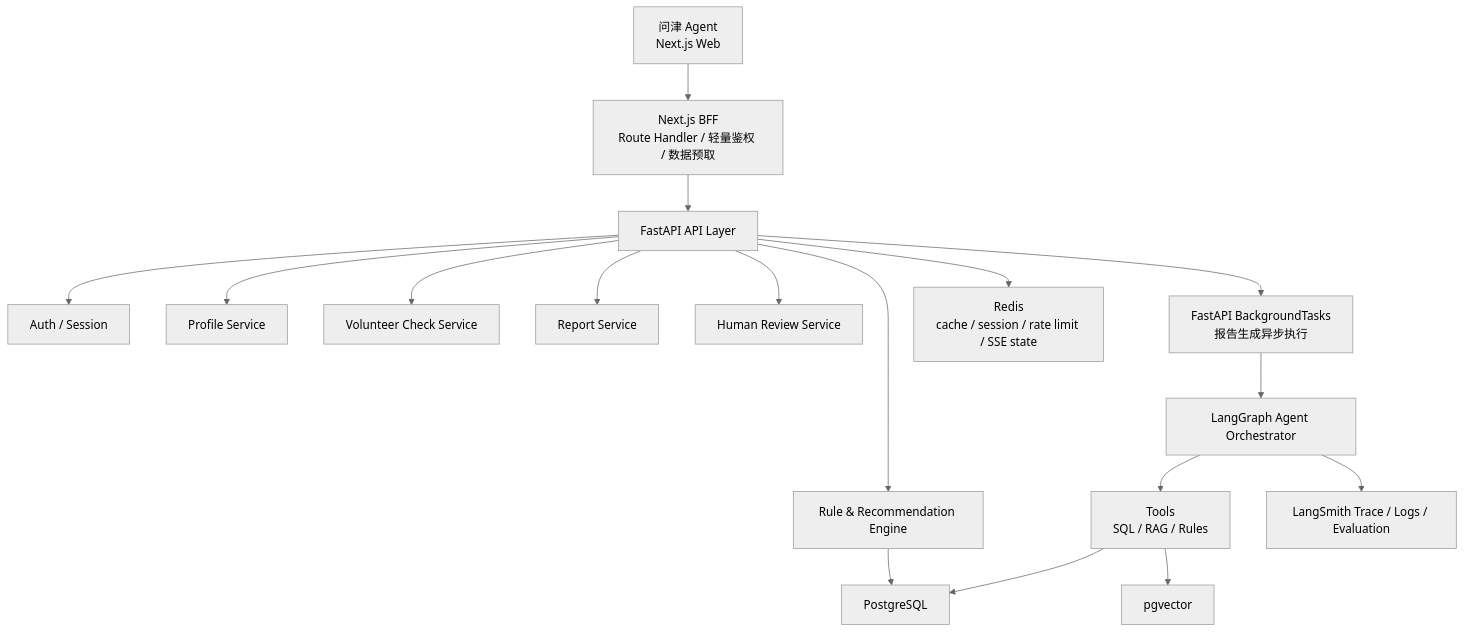
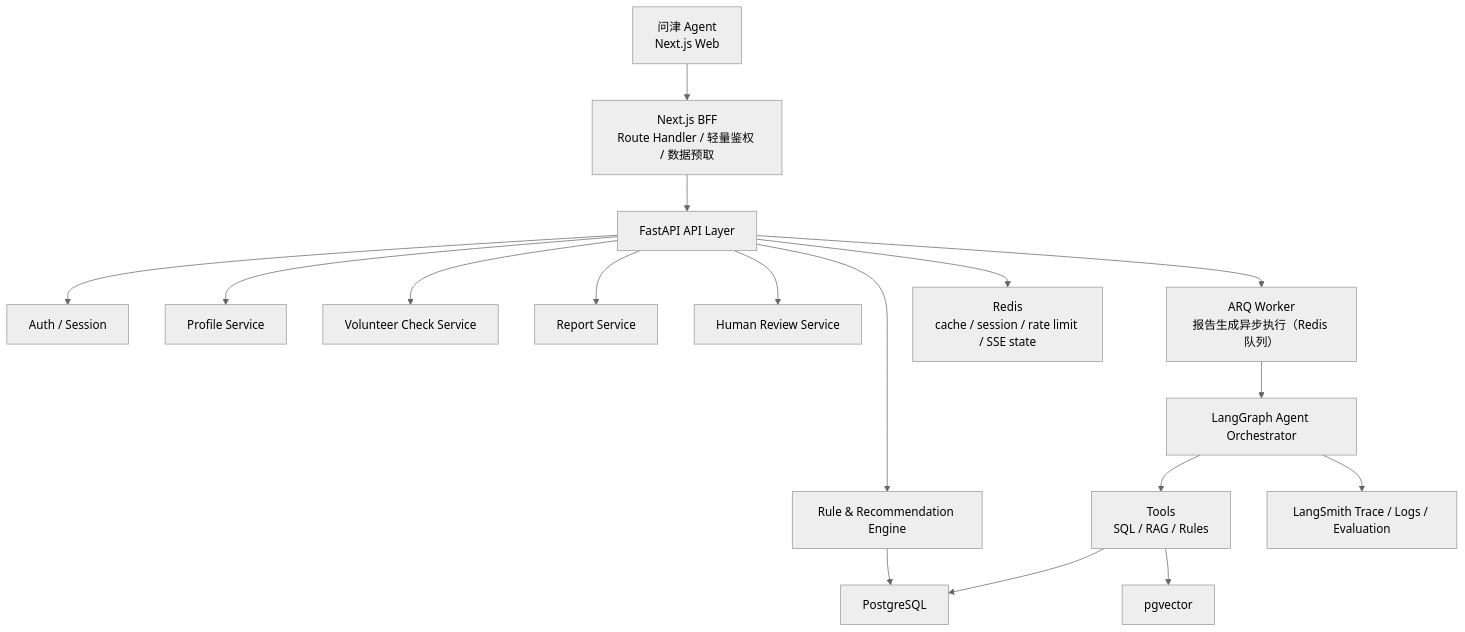
The first of 4 diagrams in docs/backend-prd.md (debugzhao/jin-guide), drawn with Mermaid (neutral theme) before and after one commit. The commit also changed other lines of this file and 2 other files, not shown here.

````diff
--- a/docs/backend-prd.md
+++ b/docs/backend-prd.md
@@ -45,19 +49,19 @@
 ```mermaid
 flowchart TD
   FE["问津 Agent<br/>Next.js Web"] --> BFF["Next.js BFF<br/>Route Handler / 轻量鉴权 / 数据预取"]
   BFF --> API["FastAPI API Layer"]
   API --> AUTH["Auth / Session"]
   API --> PROFILE["Profile Service"]
   API --> CHECK["Volunteer Check Service"]
   API --> REPORT["Report Service"]
   API --> REVIEW["Human Review Service"]
-  API --> BG["FastAPI BackgroundTasks<br/>报告生成异步执行"]
+  API --> BG["ARQ Worker<br/>报告生成异步执行（Redis 队列）"]
   BG --> AGENT["LangGraph Agent Orchestrator"]
   API --> RULE["Rule & Recommendation Engine"]
   RULE --> SQL["PostgreSQL"]
   AGENT --> TOOLS["Tools<br/>SQL / RAG / Rules"]
   TOOLS --> SQL
   TOOLS --> VDB["pgvector"]
   API --> REDIS["Redis<br/>cache / session / rate limit / SSE state"]
   AGENT --> TRACE["LangSmith Trace / Logs / Evaluation"]
 ```
````
